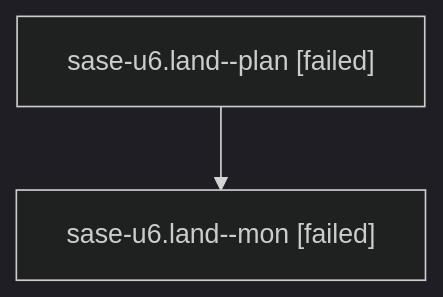
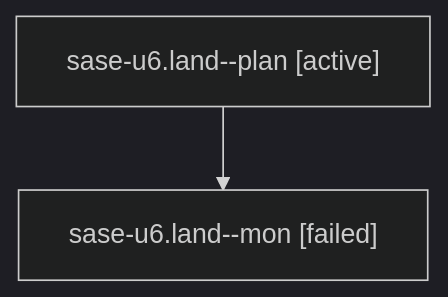
Before and after one commit to sase-org/sase--agents: the diagram in families/bbugyi200.athena.sase-u6.land.md, drawn with Mermaid (dark theme). The commit also changed other lines of this file and 35830 other files, not shown here.

````diff
--- a/families/bbugyi200.athena.sase-u6.land.md
+++ b/families/bbugyi200.athena.sase-u6.land.md
@@ -9,6 +9,6 @@
 ```mermaid
 flowchart TD
-  n0["sase-u6.land--plan [failed]"]
+  n0["sase-u6.land--plan [active]"]
   n1["sase-u6.land--mon [failed]"]
   n0 --> n1
 ```
````
